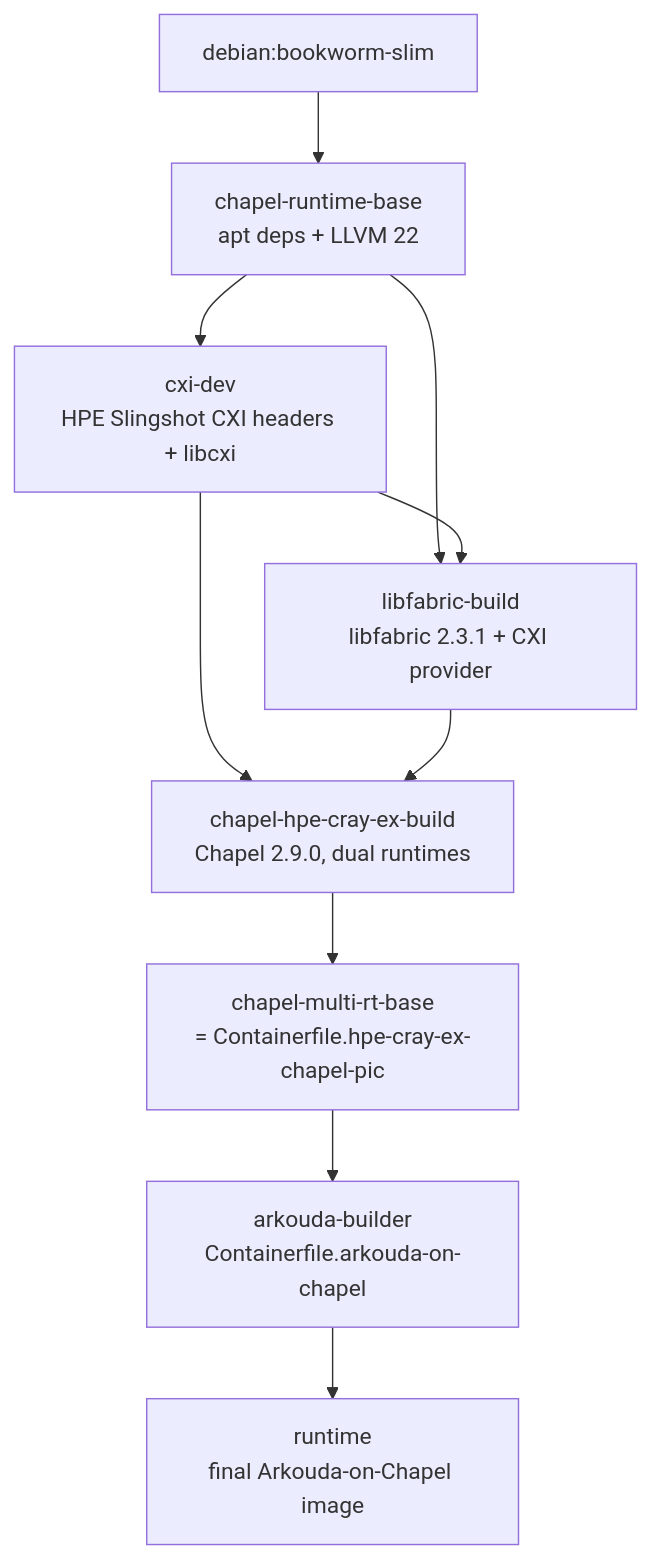
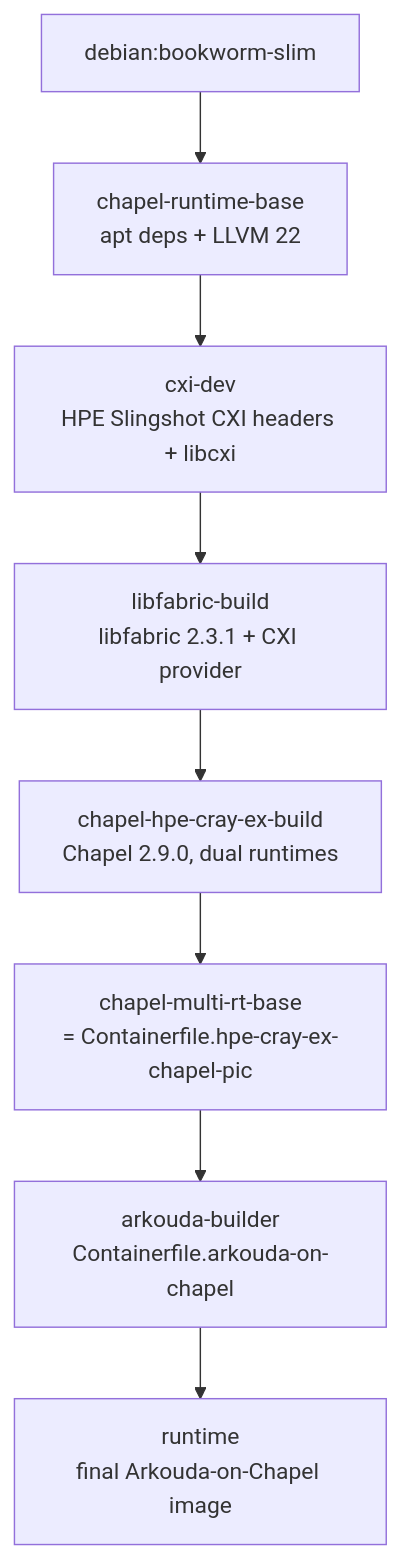
The diagram in docs/README.md (arezaii/arkouda-containers), drawn with Mermaid before and after one commit. The commit also changed 1 other file, not shown here.

Commit message:
clean layer copying for base to cxi-dev, update README

````diff
--- a/docs/README.md
+++ b/docs/README.md
@@ -23,12 +23,10 @@
 ```mermaid
 flowchart TD
     A[debian:bookworm-slim] --> B[chapel-runtime-base<br/>apt deps + LLVM 22]
     B --> C[cxi-dev<br/>HPE Slingshot CXI headers + libcxi]
-    B --> D[libfabric-build<br/>libfabric 2.3.1 + CXI provider]
-    C --> D
-    C --> E[chapel-hpe-cray-ex-build<br/>Chapel 2.9.0, dual runtimes]
-    D --> E
+    C --> D[libfabric-build<br/>libfabric 2.3.1 + CXI provider]
+    D --> E[chapel-hpe-cray-ex-build<br/>Chapel 2.9.0, dual runtimes]
     E --> F[chapel-multi-rt-base<br/>= Containerfile.hpe-cray-ex-chapel-pic]
     F --> G[arkouda-builder<br/>Containerfile.arkouda-on-chapel]
     G --> H[runtime<br/>final Arkouda-on-Chapel image]
 ```
````
